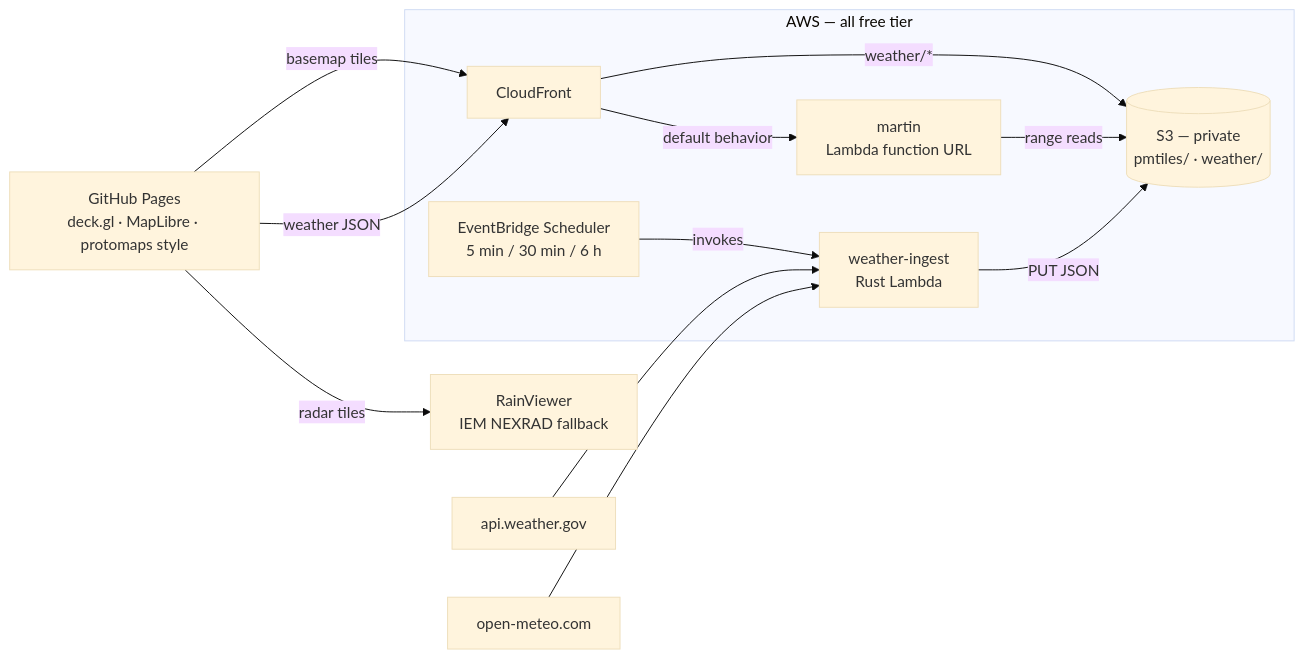
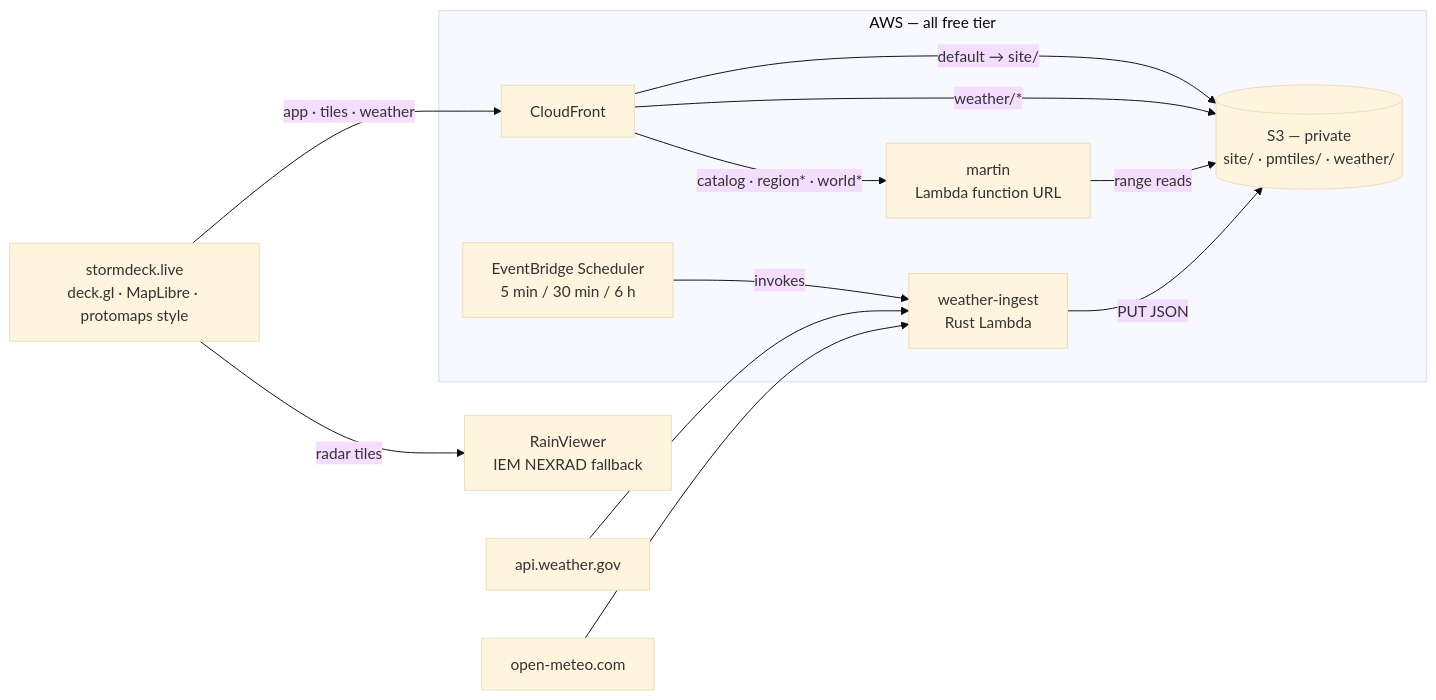
The diagram in README.md (johncarmack1984/stormdeck), drawn with Mermaid (base theme) before and after one commit. The commit also changed other lines of this file and 1 other file, not shown here.

First line of the commit message:
Document the CDN hosting cutover

````diff
--- a/README.md
+++ b/README.md
@@ -24,27 +26,27 @@
 ```mermaid
 flowchart LR
-    pages["GitHub Pages<br/>deck.gl · MapLibre · protomaps style"]
+    viewer["stormdeck.live<br/>deck.gl · MapLibre · protomaps style"]
 
     subgraph aws["AWS — all free tier"]
         cdn["CloudFront"]
         martin["martin<br/>Lambda function URL"]
-        bucket[("S3 — private<br/>pmtiles/ · weather/")]
+        bucket[("S3 — private<br/>site/ · pmtiles/ · weather/")]
         ingest["weather-ingest<br/>Rust Lambda"]
         sched["EventBridge Scheduler<br/>5 min / 30 min / 6 h"]
     end
 
     nws["api.weather.gov"]
     meteo["open-meteo.com"]
     radar["RainViewer<br/>IEM NEXRAD fallback"]
 
-    pages -->|"basemap tiles"| cdn
-    pages -->|"weather JSON"| cdn
-    pages -->|"radar tiles"| radar
-    cdn -->|"default behavior"| martin
+    viewer -->|"app · tiles · weather"| cdn
+    viewer -->|"radar tiles"| radar
+    cdn -->|"default → site/"| bucket
+    cdn -->|"catalog · region* · world*"| martin
     cdn -->|"weather/*"| bucket
     martin -->|"range reads"| bucket
     sched -->|"invokes"| ingest
     nws --> ingest
     meteo --> ingest
     ingest -->|"PUT JSON"| bucket
 ```
````
